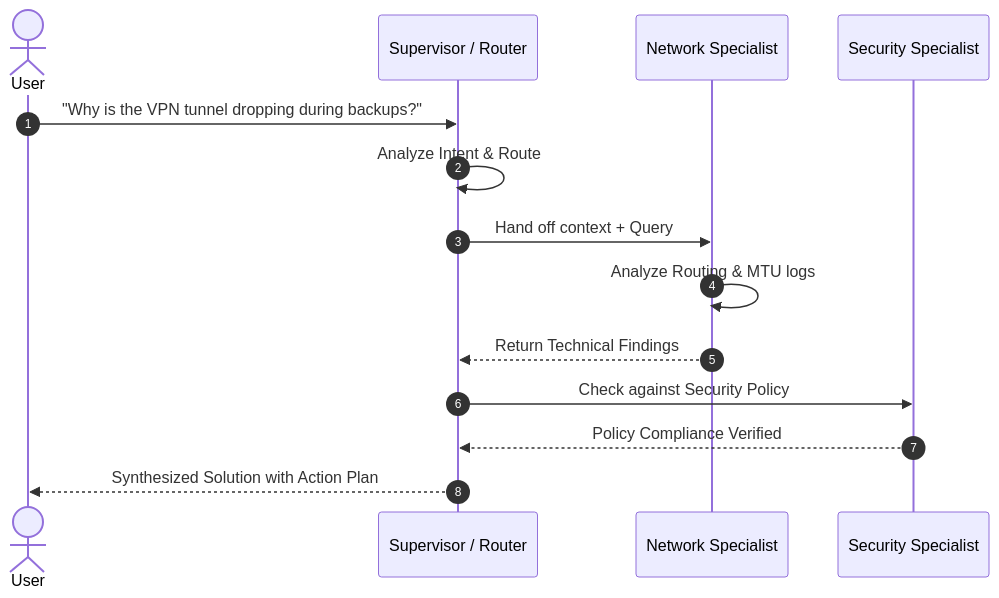
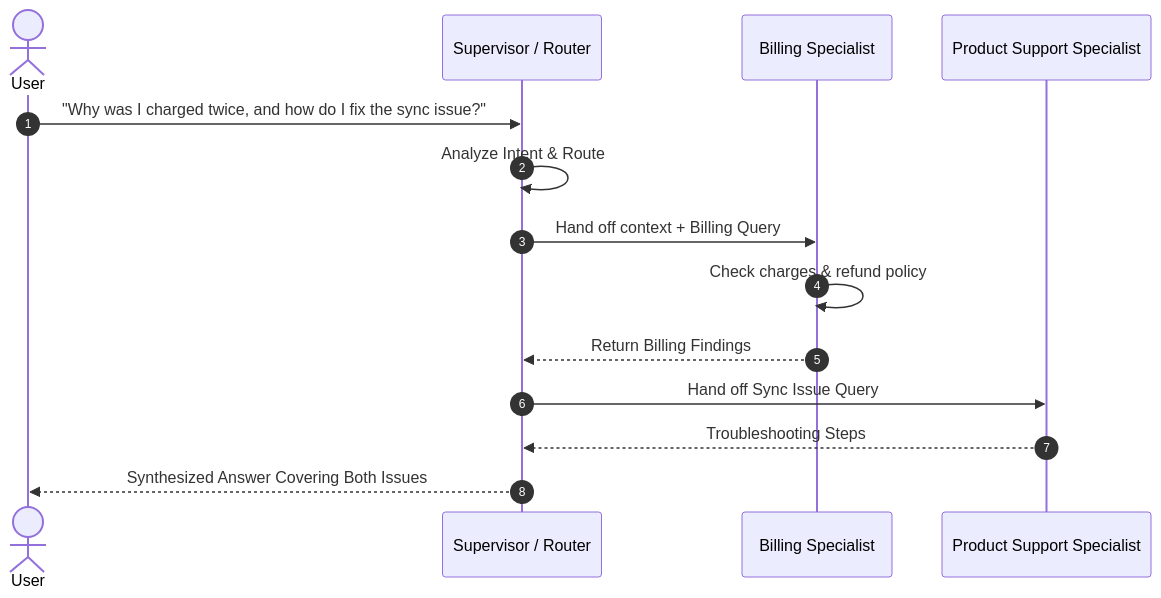
The diagram in curriculum/week7/day4_multi_agent.md (jpechetty-debug/AIbasics), drawn with Mermaid before and after one commit. The commit also changed other lines of this file and 75 other files, not shown here.

````diff
--- a/curriculum/week7/day4_multi_agent.md
+++ b/curriculum/week7/day4_multi_agent.md
@@ -44,17 +44,17 @@
 ```mermaid
 sequenceDiagram
     autonumber
     actor User
     participant Supervisor as Supervisor / Router
-    participant NetAgent as Network Specialist
-    participant SecAgent as Security Specialist
+    participant BillAgent as Billing Specialist
+    participant SupportAgent as Product Support Specialist
 
-    User->>Supervisor: "Why is the VPN tunnel dropping during backups?"
+    User->>Supervisor: "Why was I charged twice, and how do I fix the sync issue?"
     Supervisor->>Supervisor: Analyze Intent & Route
-    Supervisor->>NetAgent: Hand off context + Query
-    NetAgent->>NetAgent: Analyze Routing & MTU logs
-    NetAgent-->>Supervisor: Return Technical Findings
-    Supervisor->>SecAgent: Check against Security Policy
-    SecAgent-->>Supervisor: Policy Compliance Verified
-    Supervisor-->>User: Synthesized Solution with Action Plan
+    Supervisor->>BillAgent: Hand off context + Billing Query
+    BillAgent->>BillAgent: Check charges & refund policy
+    BillAgent-->>Supervisor: Return Billing Findings
+    Supervisor->>SupportAgent: Hand off Sync Issue Query
+    SupportAgent-->>Supervisor: Troubleshooting Steps
+    Supervisor-->>User: Synthesized Answer Covering Both Issues
 ```
````
